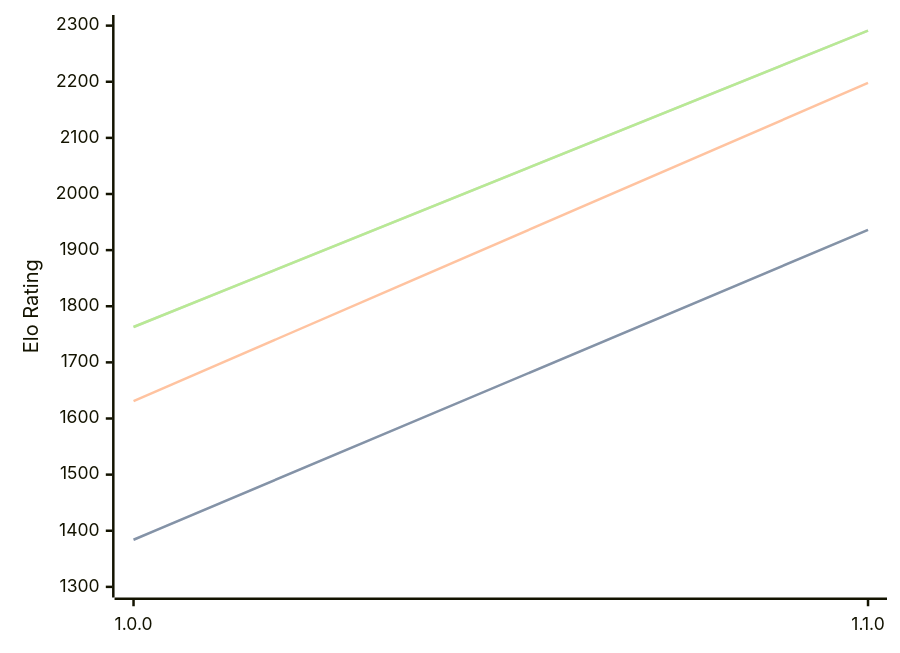
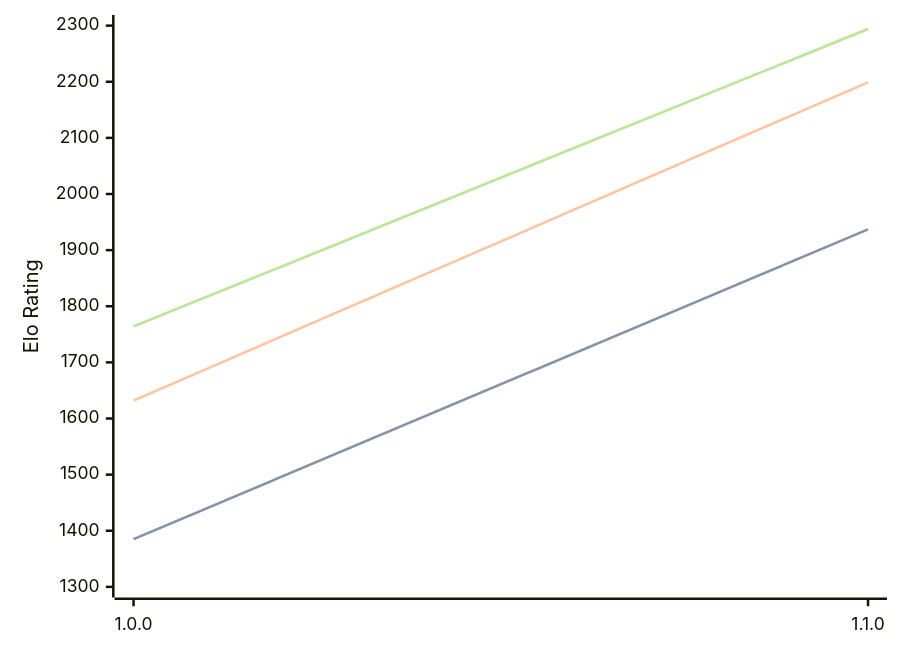
Before and after one commit to computer-chess-index/cci: the diagram in engines/Akerbeltz.md, drawn with Mermaid. The commit also changed other lines of this file, not shown here.

Commit message:
Update CCI Ratings (ELO VLTC) - 2026-08-22

````diff
--- a/engines/Akerbeltz.md
+++ b/engines/Akerbeltz.md
@@ -32,11 +32,11 @@
 ```mermaid
 %%{init: {"theme":"base","themeVariables":{"seriesColors:['#a3a3a3','#222221','#faa371']}}}%%
 xychart-beta
   x-axis ["1.0.0", "1.1.0"]
   y-axis "Elo Rating" 1300 --> 2300
-  line "STC (8.0+0.08s)" [1384, 1936]
-  line "STC (8.0+0.08s)" [1384, 1936]
-  line "LTC (60.0+0.60s)" [1631, 2198]
-  line "VLTC (2m24s+1.12s)" [1763, 2291]
-  line "VLTC (2m24s+1.12s)" [1763, 2291]
+  line "STC (8.0+0.08s)" [1385, 1937]
+  line "STC (8.0+0.08s)" [1385, 1937]
+  line "LTC (60.0+0.60s)" [1632, 2199]
+  line "VLTC (2m24s+1.12s)" [1764, 2294]
+  line "VLTC (2m24s+1.12s)" [1764, 2294]
 ```
````
